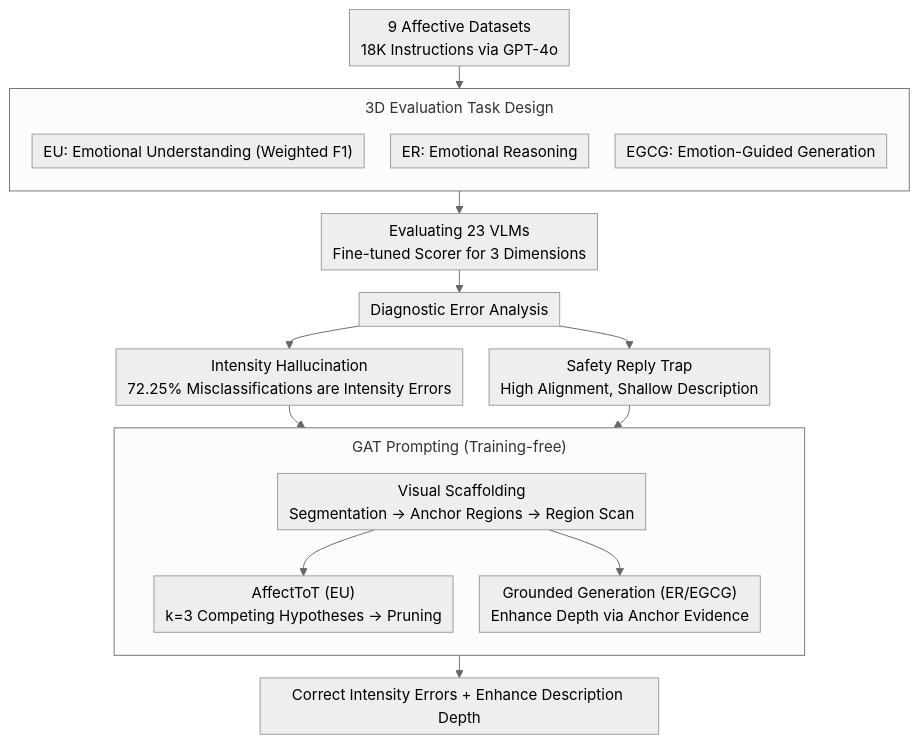
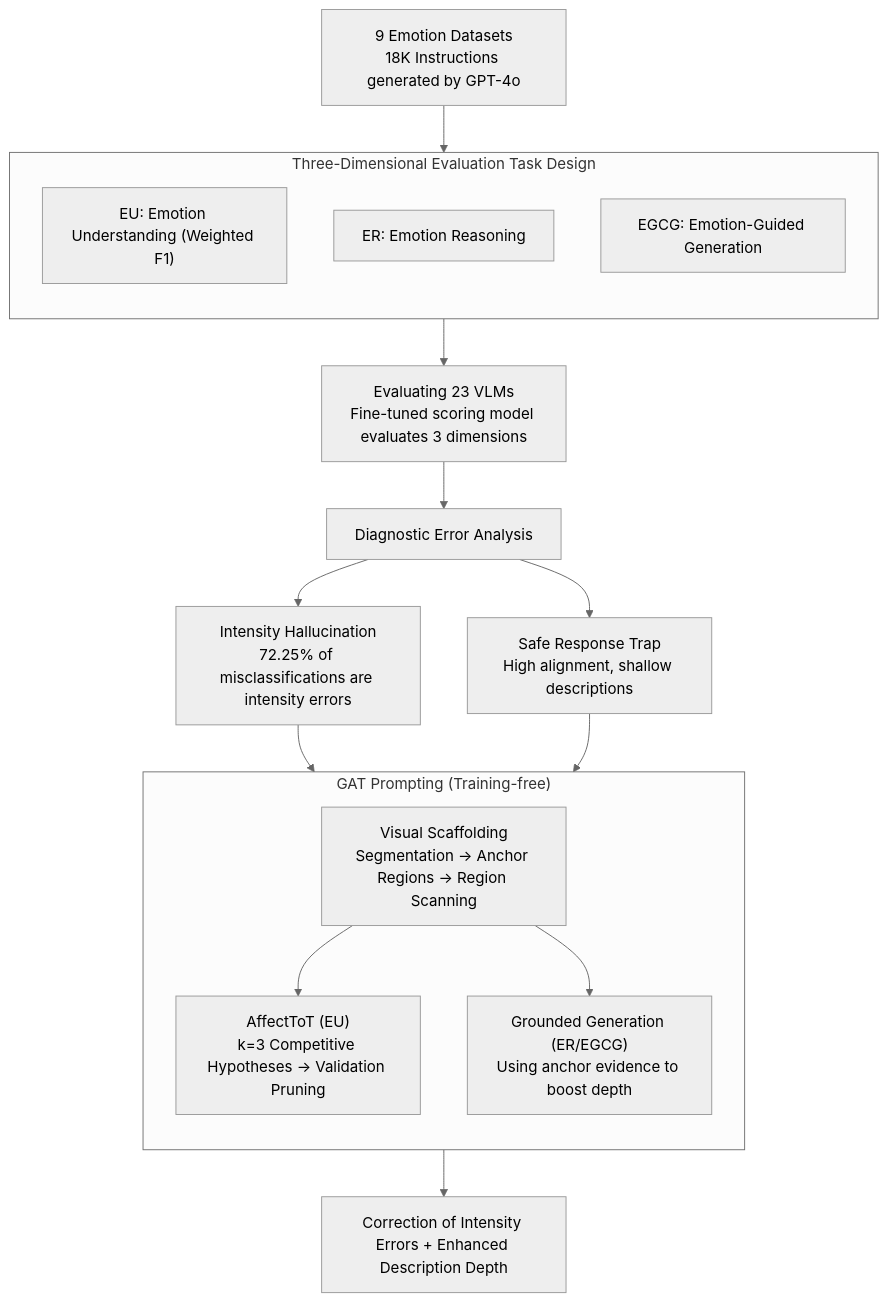
The diagram in docs/ACL2026/multimodal_vlm/aica-bench_holistically_examining_the_capabilities_of_vlms_in_affective_image_co.md (zhaoyang97/Paper-Notes-en), drawn with Mermaid (neutral theme) before and after one commit. The commit also changed other lines of this file and 5084 other files, not shown here.

````diff
--- a/docs/ACL2026/multimodal_vlm/aica-bench_holistically_examining_the_capabilities_of_vlms_in_affective_image_co.md
+++ b/docs/ACL2026/multimodal_vlm/aica-bench_holistically_examining_the_capabilities_of_vlms_in_affective_image_co.md
@@ -43,24 +43,23 @@
 ```mermaid
-%%{init: {'flowchart': {'rankSpacing': 24, 'nodeSpacing': 28, 'padding': 6, 'wrappingWidth': 400, 'subGraphTitleMargin': {'top': 8, 'bottom': 16}}}}%%
-flowchart TD
-    A["9 Affective Datasets<br/>18K Instructions via GPT-4o"] --> B
-    subgraph B["3D Evaluation Task Design"]
+graph TD
+    A["9 Emotion Datasets<br/>18K Instructions generated by GPT-4o"] --> B
+    subgraph B["Three-Dimensional Evaluation Task Design"]
         direction TB
-        EU["EU: Emotional Understanding (Weighted F1)"]
-        ER["ER: Emotional Reasoning"]
+        EU["EU: Emotion Understanding (Weighted F1)"]
+        ER["ER: Emotion Reasoning"]
         EGCG["EGCG: Emotion-Guided Generation"]
     end
-    B --> C["Evaluating 23 VLMs<br/>Fine-tuned Scorer for 3 Dimensions"]
+    B --> C["Evaluating 23 VLMs<br/>Fine-tuned scoring model evaluates 3 dimensions"]
     C --> D["Diagnostic Error Analysis"]
-    D --> E["Intensity Hallucination<br/>72.25% Misclassifications are Intensity Errors"]
-    D --> F["Safety Reply Trap<br/>High Alignment, Shallow Description"]
+    D --> E["Intensity Hallucination<br/>72.25% of misclassifications are intensity errors"]
+    D --> F["Safe Response Trap<br/>High alignment, shallow descriptions"]
     subgraph G["GAT Prompting (Training-free)"]
         direction TB
-        G1["Visual Scaffolding<br/>Segmentation → Anchor Regions → Region Scan"]
-        G1 --> G2["AffectToT (EU)<br/>k=3 Competing Hypotheses → Pruning"]
-        G1 --> G3["Grounded Generation (ER/EGCG)<br/>Enhance Depth via Anchor Evidence"]
+        G1["Visual Scaffolding<br/>Segmentation -> Anchor Regions -> Region Scanning"]
+        G1 --> G2["AffectToT (EU)<br/>k=3 Competitive Hypotheses -> Validation Pruning"]
+        G1 --> G3["Grounded Generation (ER/EGCG)<br/>Using anchor evidence to boost depth"]
     end
     E --> G
     F --> G
-    G --> H["Correct Intensity Errors + Enhance Description Depth"]
+    G --> H["Correction of Intensity Errors + Enhanced Description Depth"]
 ```
````
